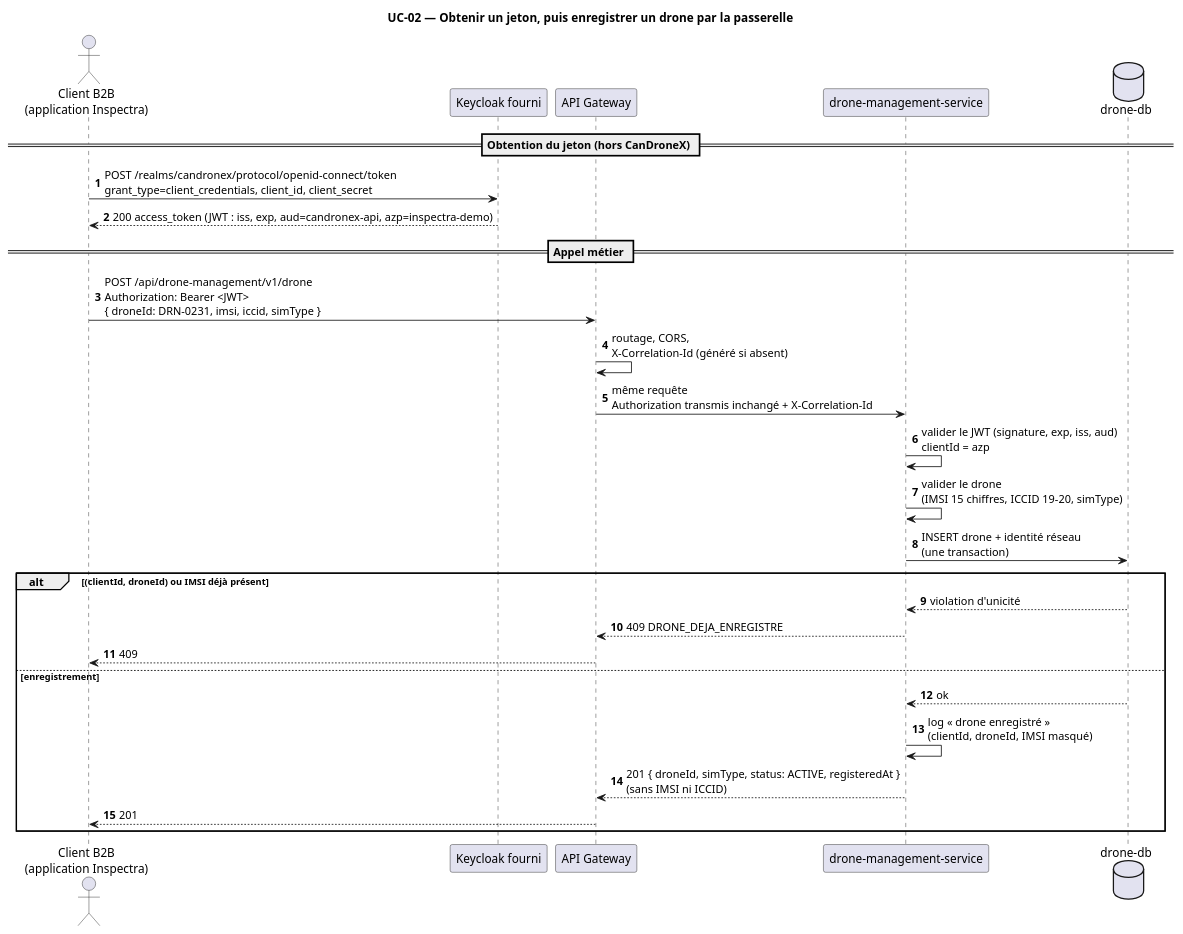
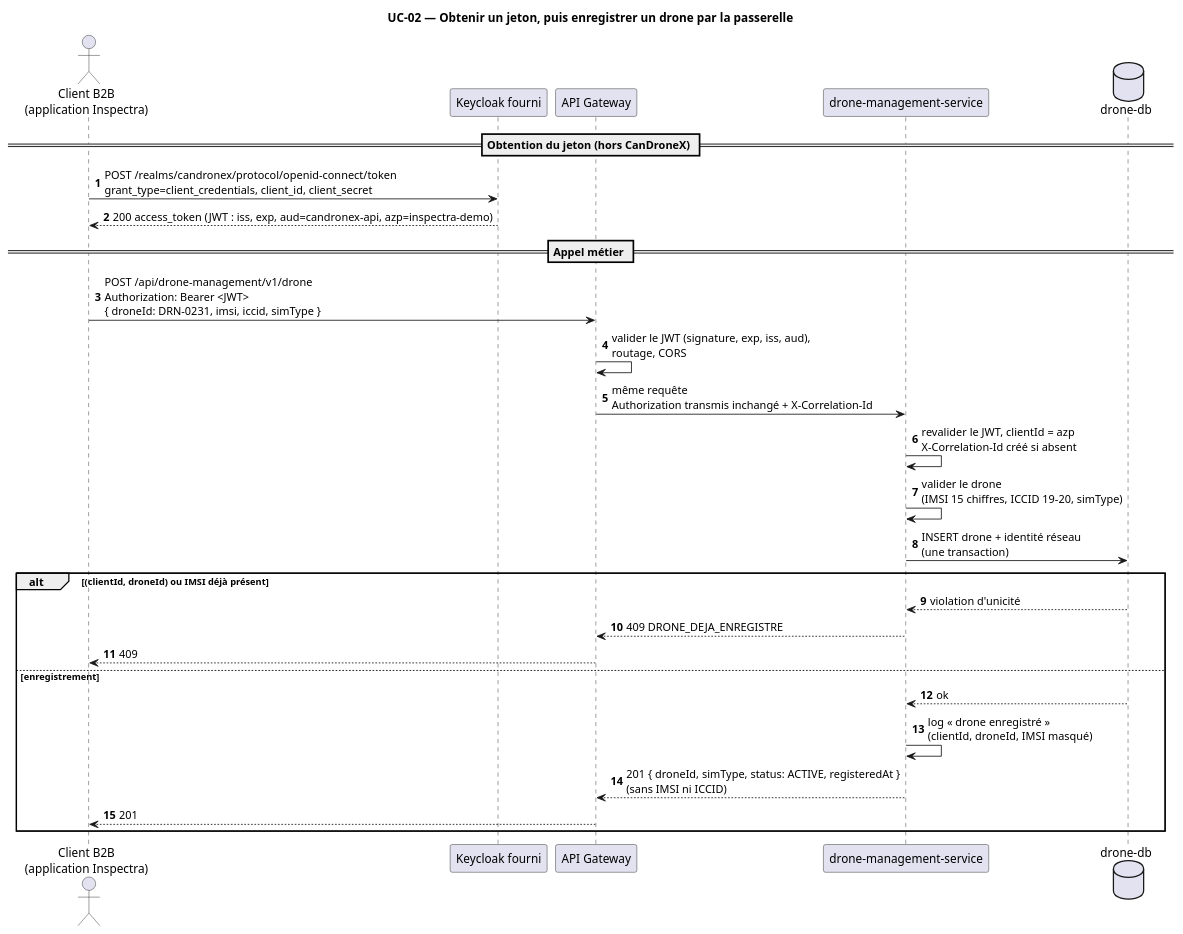
Before and after one commit to COGvc/LOG430-Projet2: the diagram in docs/diagrams/seq-uc02.puml, drawn with PlantUML. The commit also changed 7 other files, not shown here.

First line of the commit message:
Diagrammes à jour, résultats de la mesure finale, retrait d'un .DS_Store

```diff
--- a/docs/diagrams/seq-uc02.puml
+++ b/docs/diagrams/seq-uc02.puml
@@ -1,32 +1,32 @@
 @startuml seq-uc02
 title UC-02 — Obtenir un jeton, puis enregistrer un drone par la passerelle
 autonumber
 
 actor "Client B2B\n(application Inspectra)" as Client
 participant "Keycloak fourni" as KC
 participant "API Gateway" as GW
 participant "drone-management-service" as DS
 database "drone-db" as DDB
 
 == Obtention du jeton (hors CanDroneX) ==
 Client -> KC : POST /realms/candronex/protocol/openid-connect/token\ngrant_type=client_credentials, client_id, client_secret
 KC --> Client : 200 access_token (JWT : iss, exp, aud=candronex-api, azp=inspectra-demo)
 
 == Appel métier ==
 Client -> GW : POST /api/drone-management/v1/drone\nAuthorization: Bearer <JWT>\n{ droneId: DRN-0231, imsi, iccid, simType }
-GW -> GW : routage, CORS,\nX-Correlation-Id (généré si absent)
+GW -> GW : valider le JWT (signature, exp, iss, aud),\nroutage, CORS
 GW -> DS : même requête\nAuthorization transmis inchangé + X-Correlation-Id
-DS -> DS : valider le JWT (signature, exp, iss, aud)\nclientId = azp
+DS -> DS : revalider le JWT, clientId = azp\nX-Correlation-Id créé si absent
 DS -> DS : valider le drone\n(IMSI 15 chiffres, ICCID 19-20, simType)
 DS -> DDB : INSERT drone + identité réseau\n(une transaction)
 alt (clientId, droneId) ou IMSI déjà présent
   DDB --> DS : violation d'unicité
   DS --> GW : 409 DRONE_DEJA_ENREGISTRE
   GW --> Client : 409
 else enregistrement
   DDB --> DS : ok
   DS -> DS : log « drone enregistré »\n(clientId, droneId, IMSI masqué)
   DS --> GW : 201 { droneId, simType, status: ACTIVE, registeredAt }\n(sans IMSI ni ICCID)
   GW --> Client : 201
 end
 @enduml
```
